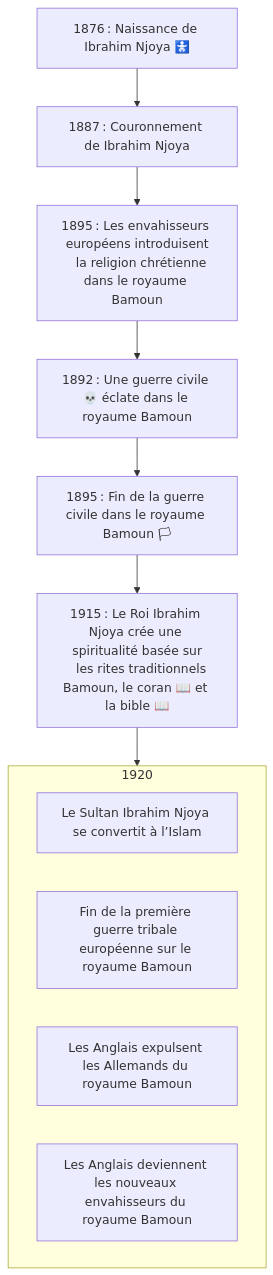
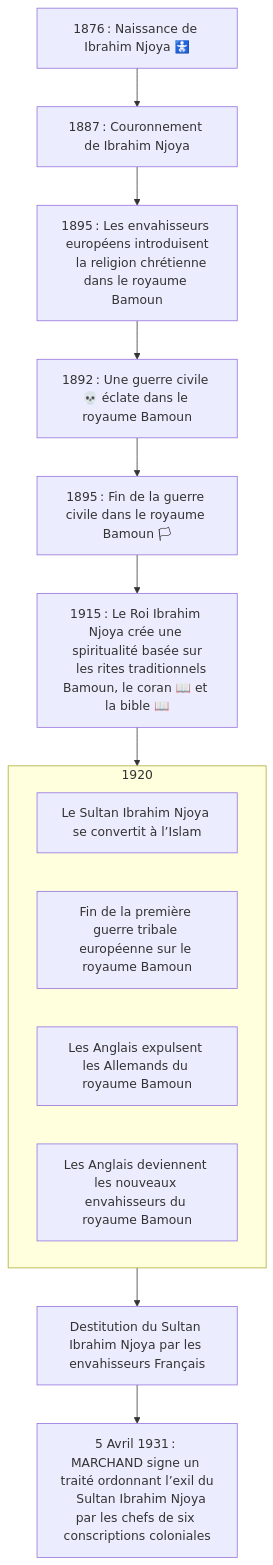
Before and after one commit to ba-moun/Ba-Moun-Save: the diagram in en-cours/personnalite/homme/noble/souverain/roi/afrique/centre/bamoun/ibrahim-njoya.md, drawn with Mermaid. The commit also changed other lines of this file, not shown here.

Commit message:
docs: update en-cours/personnalite/homme/noble/souverain/roi/afrique/centre/bamoun/ibrahim-njoya

````diff
--- a/en-cours/personnalite/homme/noble/souverain/roi/afrique/centre/bamoun/ibrahim-njoya.md
+++ b/en-cours/personnalite/homme/noble/souverain/roi/afrique/centre/bamoun/ibrahim-njoya.md
@@ -27,28 +27,33 @@
 ```mermaid
 flowchart TB
 
    birth["1876 : Naissance de Ibrahim Njoya 🚼"]
    
    coronation["1887 : Couronnement de Ibrahim Njoya"]
 
    christianity["1895 : Les envahisseurs européens introduisent
    la religion chrétienne dans le royaume Bamoun"]
 
     civilWarBegining["1892 : Une guerre civile 💀 éclate dans le royaume Bamoun"]
     civilWarEnd["1895 : Fin de la guerre civile dans le royaume Bamoun 🏳"]
 
    spirituality["1915 : Le Roi Ibrahim Njoya crée une spiritualité basée sur
    les rites traditionnels Bamoun, le coran 📖 et la bible 📖"]
 
    subgraph 1920
 
      conversion["Le Sultan Ibrahim Njoya se convertit à l’Islam"]
      firstEuTribalWarEnd["Fin de la première guerre tribale européenne sur le royaume Bamoun"]
      dutchEviction["Les Anglais expulsent les Allemands du royaume Bamoun"]
      englishInvasion["Les Anglais deviennent les nouveaux envahisseurs du royaume Bamoun"]
 
         end
+        
+   careOrder["Destitution du Sultan Ibrahim Njoya par les envahisseurs Français"]
+        
+   treaty["5 Avril 1931 : MARCHAND signe un traité ordonnant l’exil du
+   Sultan Ibrahim Njoya par les chefs de six conscriptions coloniales"]
    
-   birth --> coronation --> christianity --> civilWarBegining --> civilWarEnd --> spirituality --> 1920
+   birth --> coronation --> christianity --> civilWarBegining --> civilWarEnd --> spirituality --> 1920 --> careOrder --> treaty
    
 ```
````
